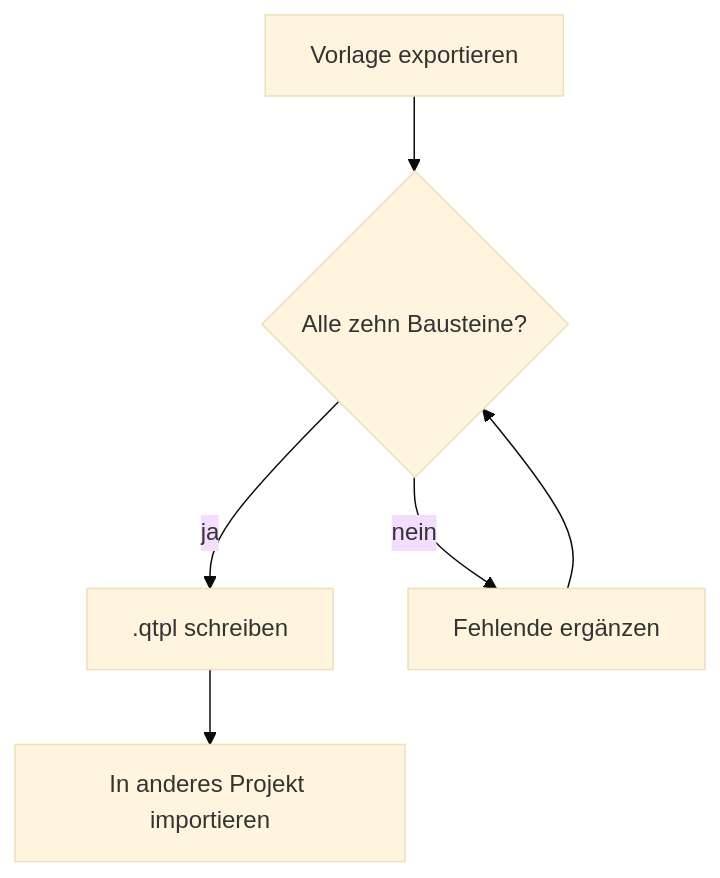
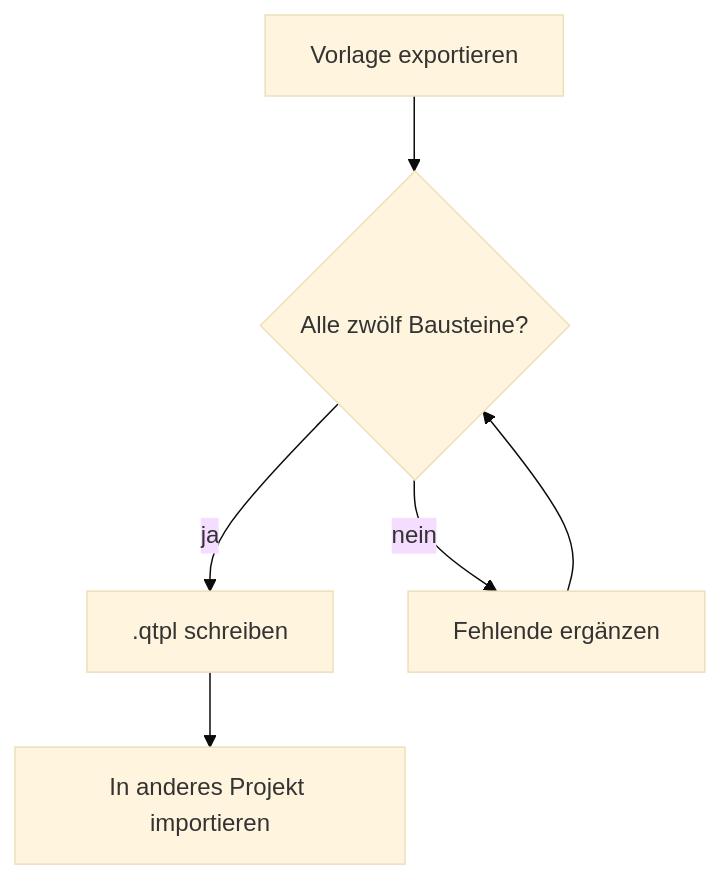
Before and after one commit to boxi-os/Quartz-Example-Template: the first of 2 diagrams in 2-formatierung/09-diagramme/fluss.md, drawn with Mermaid (base theme). The commit also changed other lines of this file and 5 other files, not shown here.

First line of the commit message:
Die Bausteine sind zwölf, nicht zehn — auch in den Diagrammen

````diff
--- a/2-formatierung/09-diagramme/fluss.md
+++ b/2-formatierung/09-diagramme/fluss.md
@@ -23,8 +23,8 @@
 ```mermaid
 flowchart TD
-    A[Vorlage exportieren] --> B{Alle zehn Bausteine?}
+    A[Vorlage exportieren] --> B{Alle zwölf Bausteine?}
     B -->|ja| C[.qtpl schreiben]
     B -->|nein| D[Fehlende ergänzen]
     D --> B
     C --> E[In anderes Projekt importieren]
 ```
````
